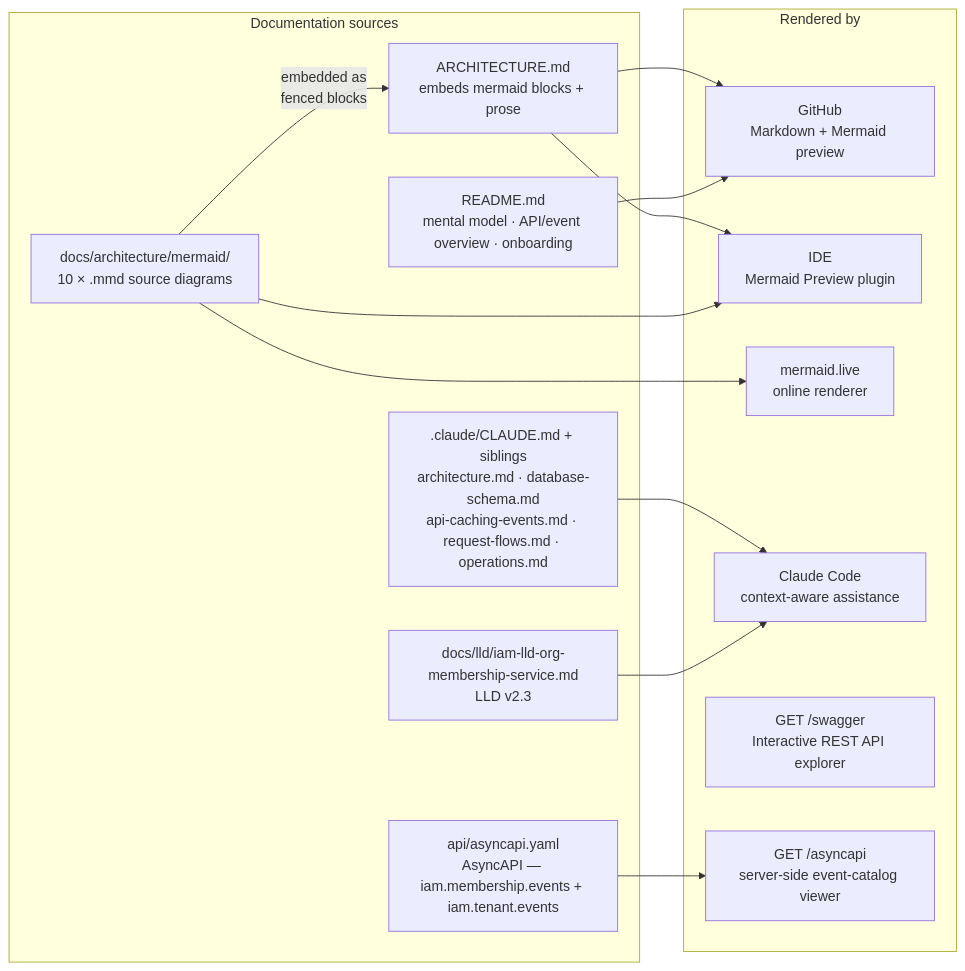
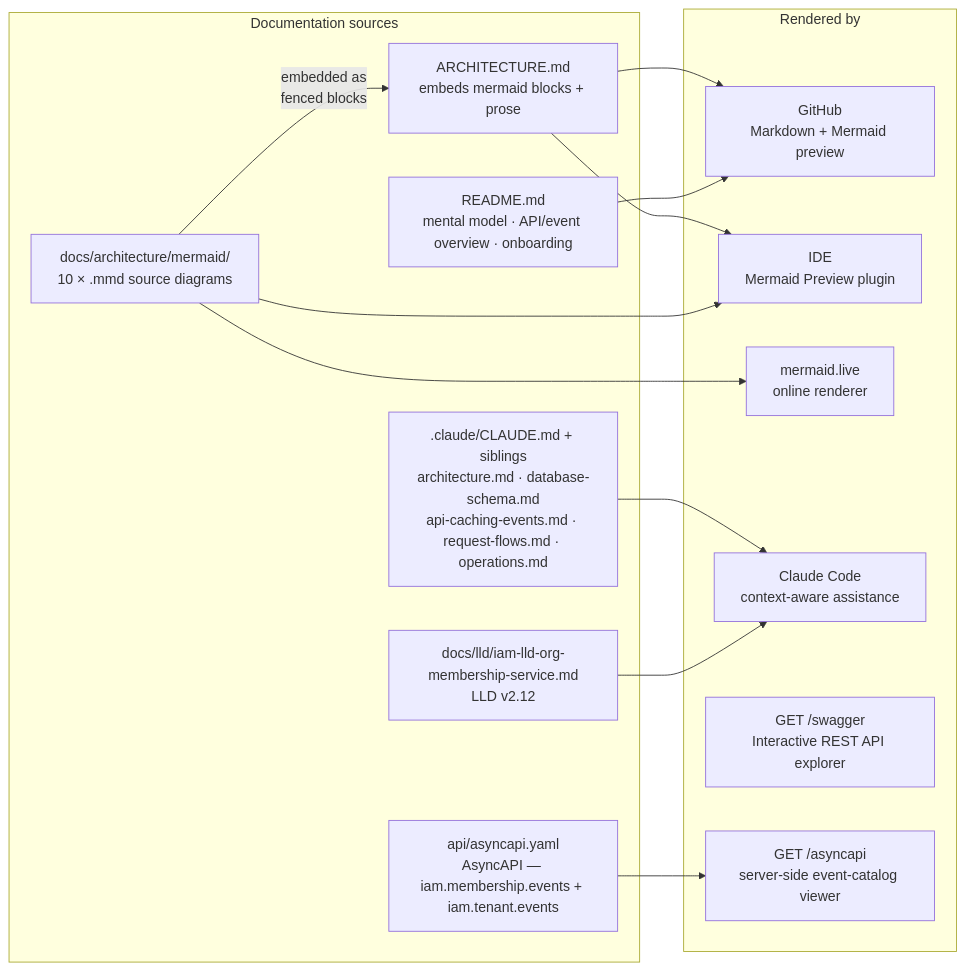
Before and after one commit to BCBP-SOLUTIONS-FZC-LLC/iam-org-membership: diagram 12 of 12 in ARCHITECTURE.md, drawn with Mermaid. The commit also changed other lines of this file and 85 other files, not shown here.

````diff
--- a/ARCHITECTURE.md
+++ b/ARCHITECTURE.md
@@ -1214,28 +1214,28 @@
 ```mermaid
 graph LR
     subgraph sources["Documentation sources"]
         mmd["docs/architecture/mermaid/\n10 × .mmd source diagrams"]
         arch["ARCHITECTURE.md\nembeds mermaid blocks + prose"]
         claude[".claude/CLAUDE.md + siblings\narchitecture.md · database-schema.md\napi-caching-events.md · request-flows.md · operations.md"]
         readme["README.md\nmental model · API/event overview · onboarding"]
         asyncapi_yaml["api/asyncapi.yaml\nAsyncAPI — iam.membership.events + iam.tenant.events"]
-        lld["docs/lld/iam-lld-org-membership-service.md\nLLD v2.3"]
+        lld["docs/lld/iam-lld-org-membership-service.md\nLLD v2.12"]
     end
 
     subgraph rendered["Rendered by"]
         github["GitHub\nMarkdown + Mermaid preview"]
         ide["IDE\nMermaid Preview plugin"]
         live["mermaid.live\nonline renderer"]
         claude_ai["Claude Code\ncontext-aware assistance"]
         swagger_viewer["GET /swagger\nInteractive REST API explorer"]
         asyncapi_viewer["GET /asyncapi\nserver-side event-catalog viewer"]
     end
 
     mmd  -->|"embedded as\nfenced blocks"| arch
     arch --> github & ide
     mmd  --> live & ide
     claude --> claude_ai
     readme --> github
     lld --> claude_ai
     asyncapi_yaml --> asyncapi_viewer
 ```
````
